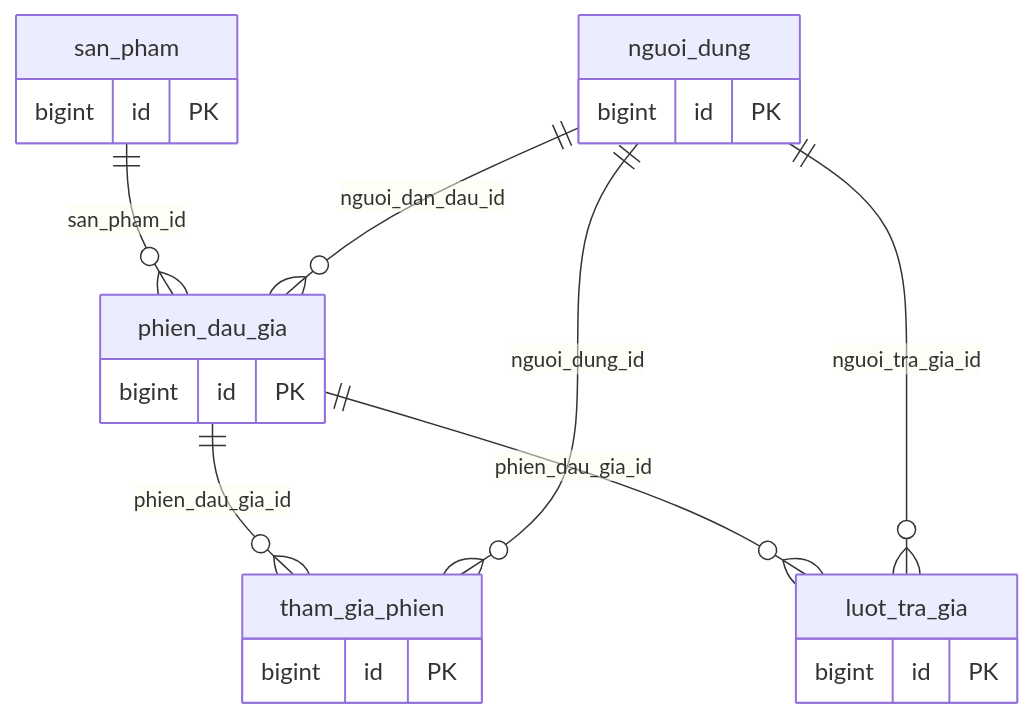
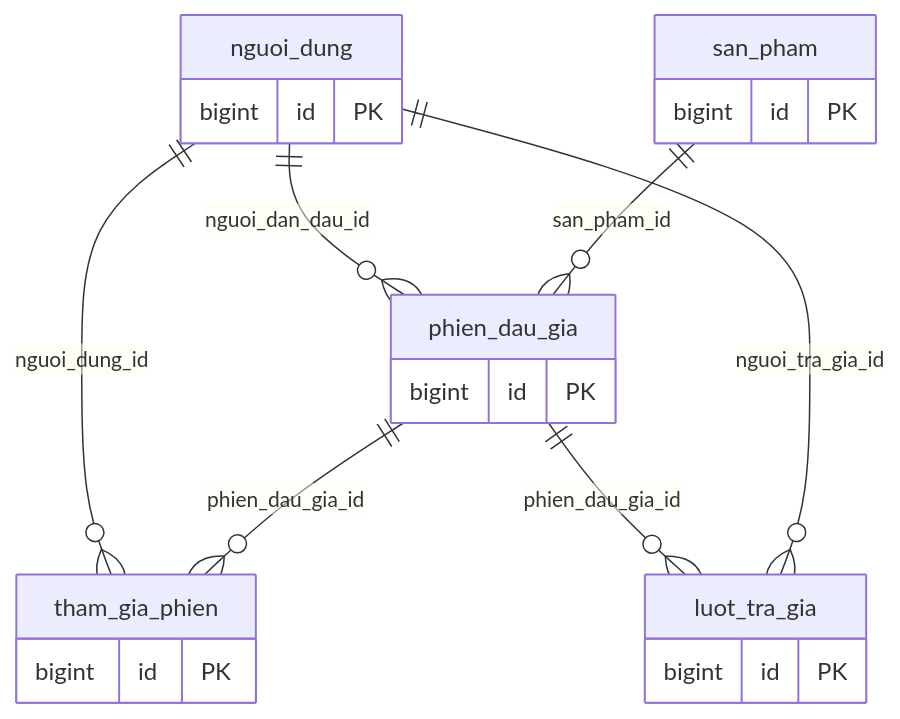
Before and after one commit to NguyenQuocViet26122005/DoAn4_HeThongDauGiaTrucTuyen: the third of 9 diagrams in co-so-du-lieu/SO-DO-QUAN-HE.md, drawn with Mermaid. The commit also changed other lines of this file and 106 other files, not shown here.

````diff
--- a/co-so-du-lieu/SO-DO-QUAN-HE.md
+++ b/co-so-du-lieu/SO-DO-QUAN-HE.md
@@ -44,24 +44,24 @@
 ```mermaid
 erDiagram
     nguoi_dung {
         bigint id PK
     }
     san_pham {
         bigint id PK
     }
     phien_dau_gia {
         bigint id PK
     }
     tham_gia_phien {
         bigint id PK
     }
     luot_tra_gia {
         bigint id PK
     }
+    nguoi_dung ||--o{ phien_dau_gia : "nguoi_dan_dau_id"
     san_pham ||--o{ phien_dau_gia : "san_pham_id"
-    nguoi_dung ||--o{ phien_dau_gia : "nguoi_dan_dau_id"
+    nguoi_dung ||--o{ tham_gia_phien : "nguoi_dung_id"
     phien_dau_gia ||--o{ tham_gia_phien : "phien_dau_gia_id"
-    nguoi_dung ||--o{ tham_gia_phien : "nguoi_dung_id"
     phien_dau_gia ||--o{ luot_tra_gia : "phien_dau_gia_id"
     nguoi_dung ||--o{ luot_tra_gia : "nguoi_tra_gia_id"
 ```
````
